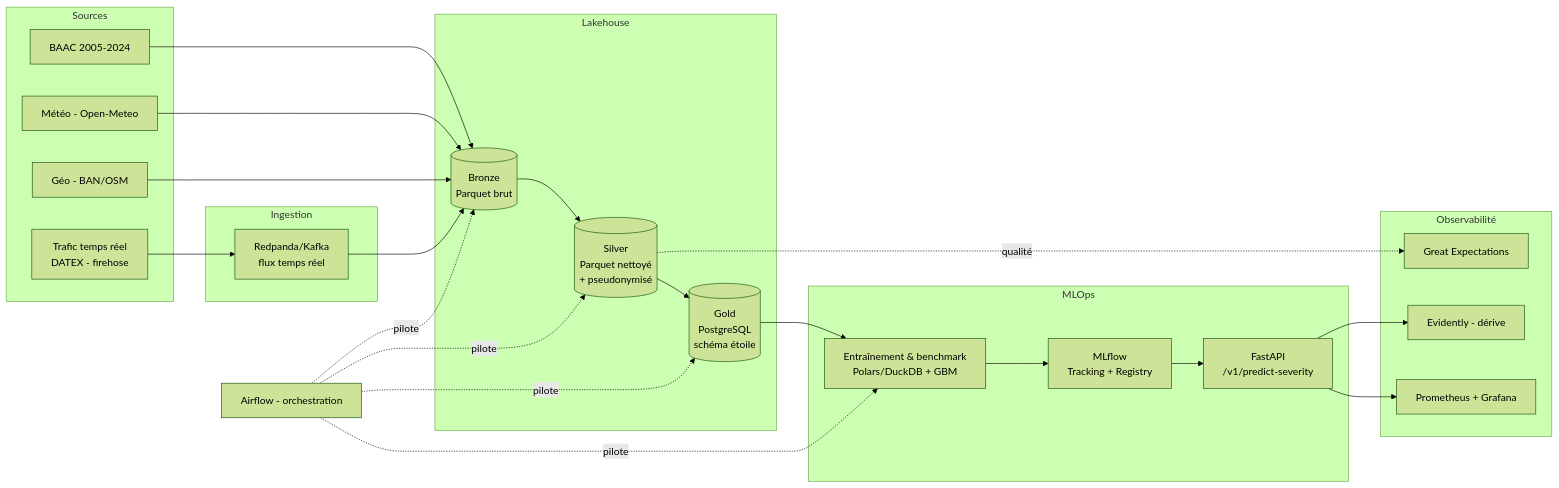
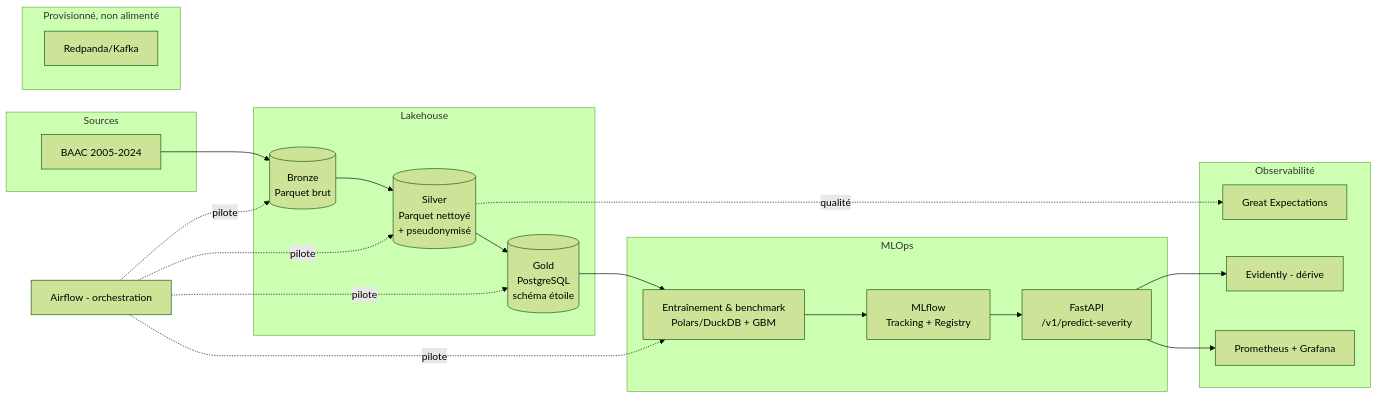
One commit to VigiRoute/gravia changed the first of 4 diagrams in docs/Architecture_GRAVIA.md. Above: the diagram before and after it, drawn with Mermaid (forest theme). The commit also changed other lines of this file and 3 other files, not shown here.

````diff
--- a/docs/Architecture_GRAVIA.md
+++ b/docs/Architecture_GRAVIA.md
@@ -52,46 +52,40 @@
 ```mermaid
 flowchart LR
     subgraph Sources
         A1[BAAC 2005-2024]
-        A2[Météo - Open-Meteo]
-        A3[Géo - BAN/OSM]
-        A4[Trafic temps réel\nDATEX - firehose]
     end
 
-    subgraph Ingestion
-        K[Redpanda/Kafka\nflux temps réel]
+    subgraph "Provisionné, non alimenté"
+        K[Redpanda/Kafka]
     end
 
     subgraph Lakehouse
         B[(Bronze\nParquet brut)]
         S[(Silver\nParquet nettoyé\n+ pseudonymisé)]
         G[(Gold\nPostgreSQL\nschéma étoile)]
     end
 
     subgraph MLOps
         M[Entraînement & benchmark\nPolars/DuckDB + GBM]
         R[MLflow\nTracking + Registry]
         API[FastAPI\n/v1/predict-severity]
     end
 
     subgraph Observabilité
         GE[Great Expectations]
         EV[Evidently - dérive]
         PG[Prometheus + Grafana]
     end
 
     A1 --> B
-    A2 --> B
-    A3 --> B
-    A4 --> K --> B
     B --> S --> G
     S -.qualité.-> GE
     G --> M --> R --> API
     API --> EV
     API --> PG
 
     O[Airflow - orchestration] -.pilote.-> B
     O -.pilote.-> S
     O -.pilote.-> G
     O -.pilote.-> M
 ```
````
